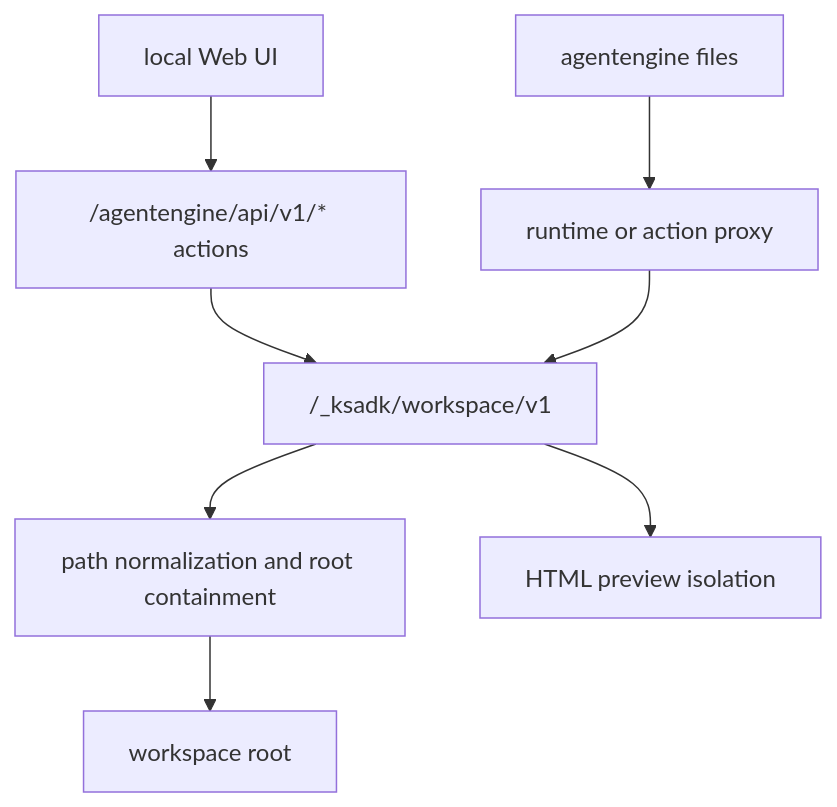
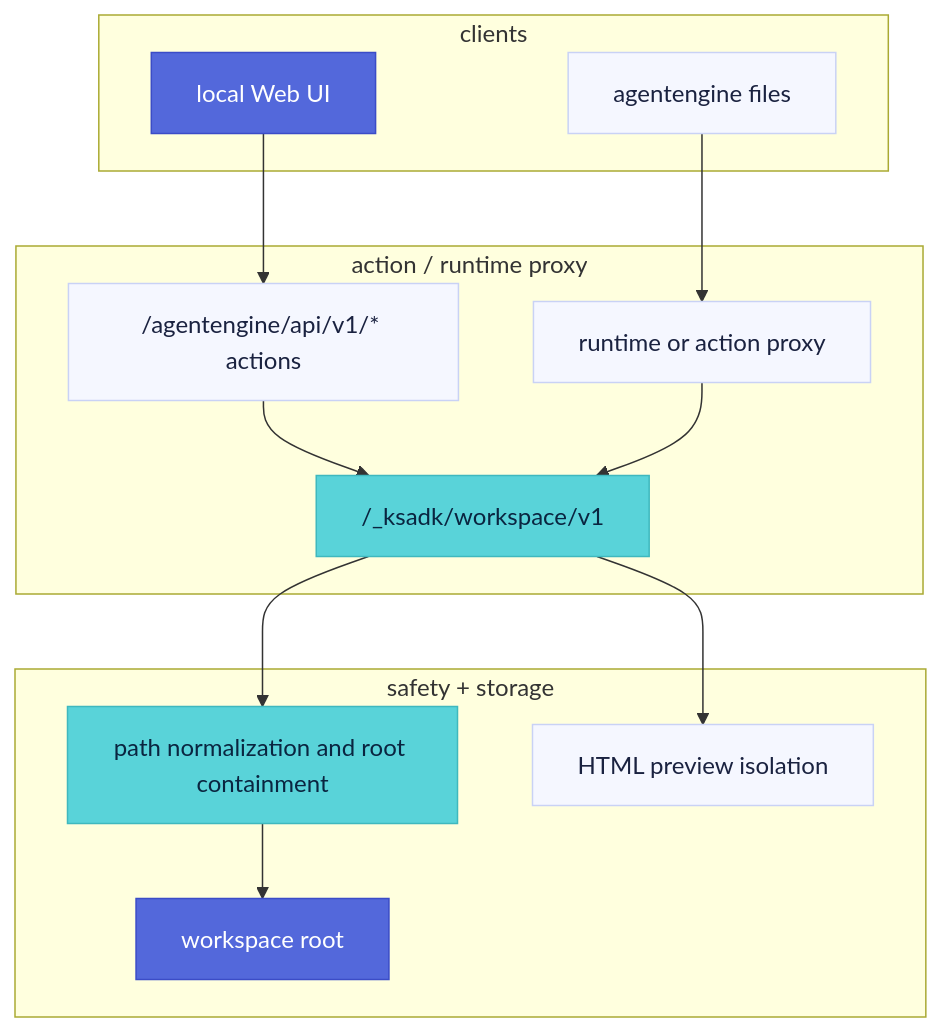
The diagram in docs-site/content/docs/framework/guides/workspace-files.en.mdx (kingsoftcloud/ksadk-python), drawn with Mermaid before and after one commit. The commit also changed 33 other files, not shown here.

````diff
--- a/docs-site/content/docs/framework/guides/workspace-files.en.mdx
+++ b/docs-site/content/docs/framework/guides/workspace-files.en.mdx
@@ -36,10 +36,32 @@
 ```mermaid
 flowchart TD
   UI["local Web UI"] --> Actions["/agentengine/api/v1/* actions"]
   CLI["agentengine files"] --> Transport["runtime or action proxy"]
   Actions --> Router["/_ksadk/workspace/v1"]
   Transport --> Router
   Router --> Guard["path normalization and root containment"]
   Guard --> FS["workspace root"]
   Router --> Preview["HTML preview isolation"]
+
+  subgraph clients["clients"]
+    UI
+    CLI
+  end
+  subgraph proxy["action / runtime proxy"]
+    Actions
+    Transport
+    Router
+  end
+  subgraph safe["safety + storage"]
+    Guard
+    FS
+    Preview
+  end
+
+  classDef brand fill:#5368db,stroke:#3b4cc7,color:#fff
+  classDef accent fill:#59d3d9,stroke:#3fb8be,color:#0a2540
+  classDef neutral fill:#f5f7ff,stroke:#c9d2f5,color:#1a2240
+  class UI,FS brand
+  class Router,Guard accent
+  class Actions,Transport,CLI,Preview neutral
 ```
````
